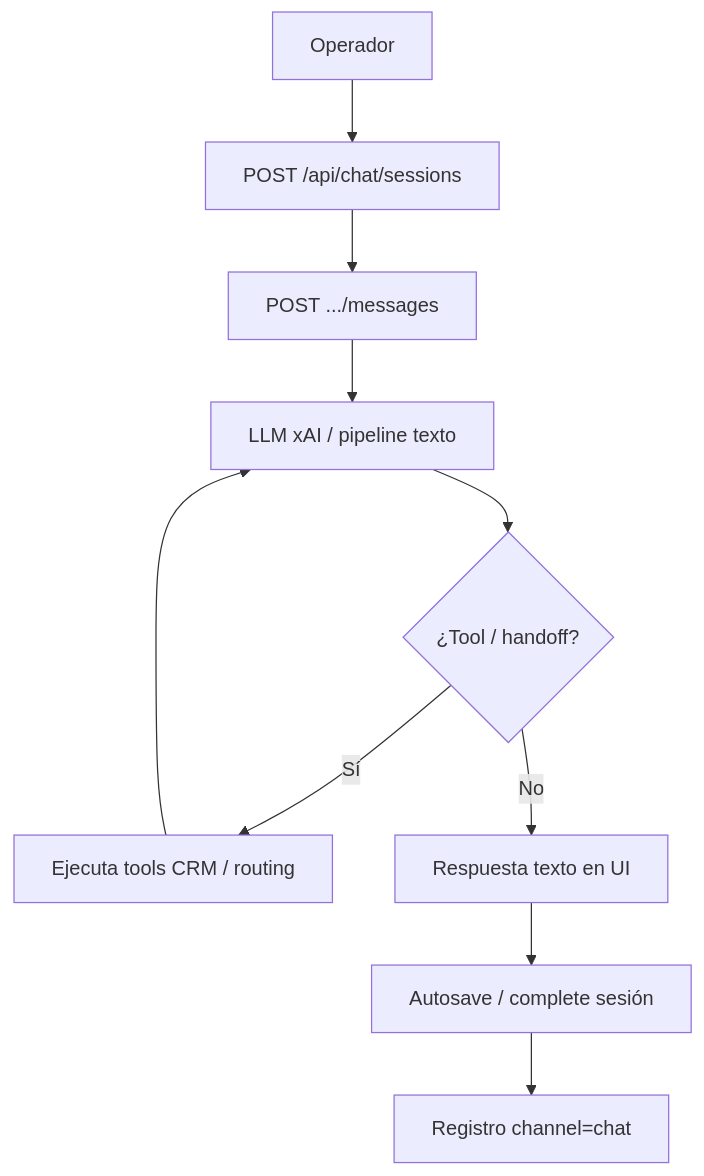
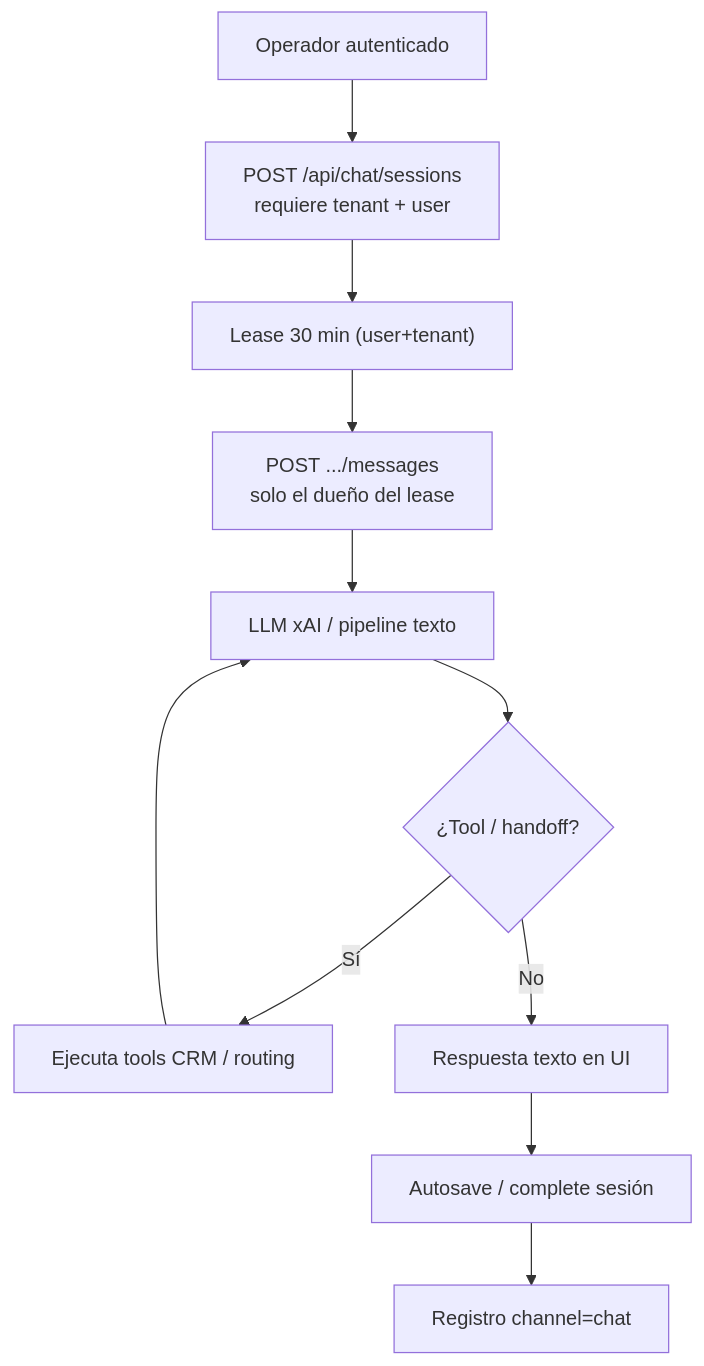
One commit to Zombie10/CallManagement changed diagram 16 of 20 in docs/FLUJOS_OPERATIVOS.md. Above: the diagram before and after it, drawn with Mermaid. The commit also changed other lines of this file and 7 other files, not shown here.

````diff
--- a/docs/FLUJOS_OPERATIVOS.md
+++ b/docs/FLUJOS_OPERATIVOS.md
@@ -500,12 +490,13 @@
 ```mermaid
 flowchart TD
-  U["Operador"] --> S["POST /api/chat/sessions"]
-  S --> M["POST .../messages"]
+  U["Operador autenticado"] --> S["POST /api/chat/sessions<br/>requiere tenant + user"]
+  S --> LEASE["Lease 30 min (user+tenant)"]
+  LEASE --> M["POST .../messages<br/>solo el dueño del lease"]
   M --> LLM["LLM xAI / pipeline texto"]
   LLM --> T{"¿Tool / handoff?"}
   T -->|Sí| EX["Ejecuta tools CRM / routing"]
   EX --> LLM
   T -->|No| R["Respuesta texto en UI"]
   R --> SAVE["Autosave / complete sesión"]
   SAVE --> CRM["Registro channel=chat"]
 ```
````
